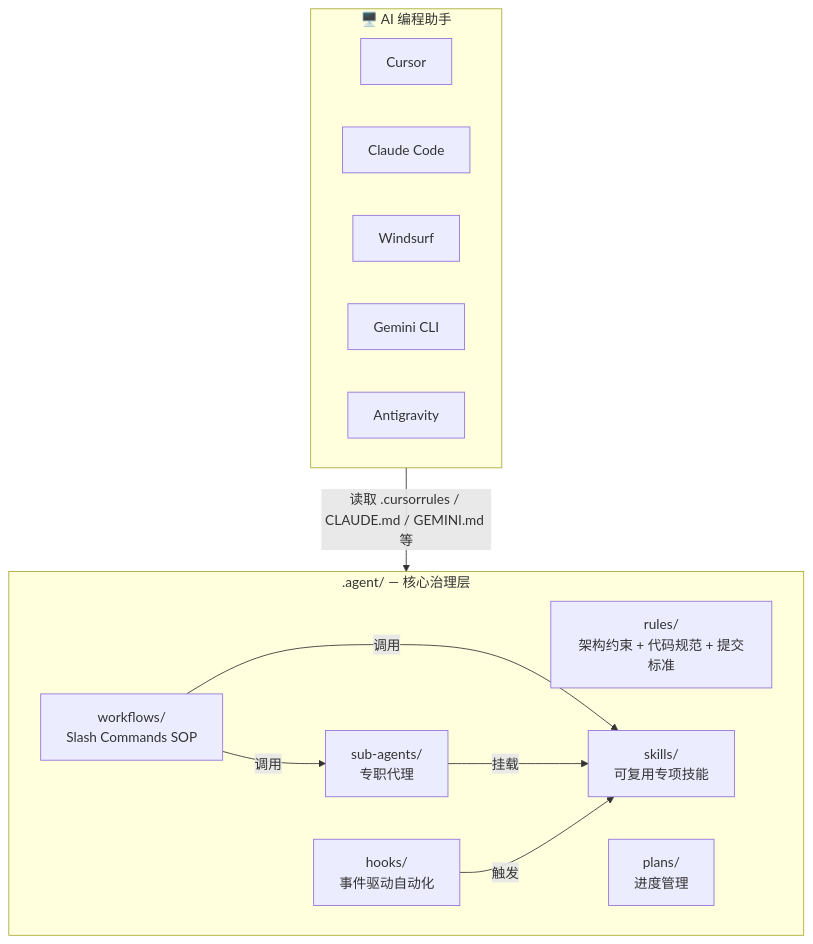
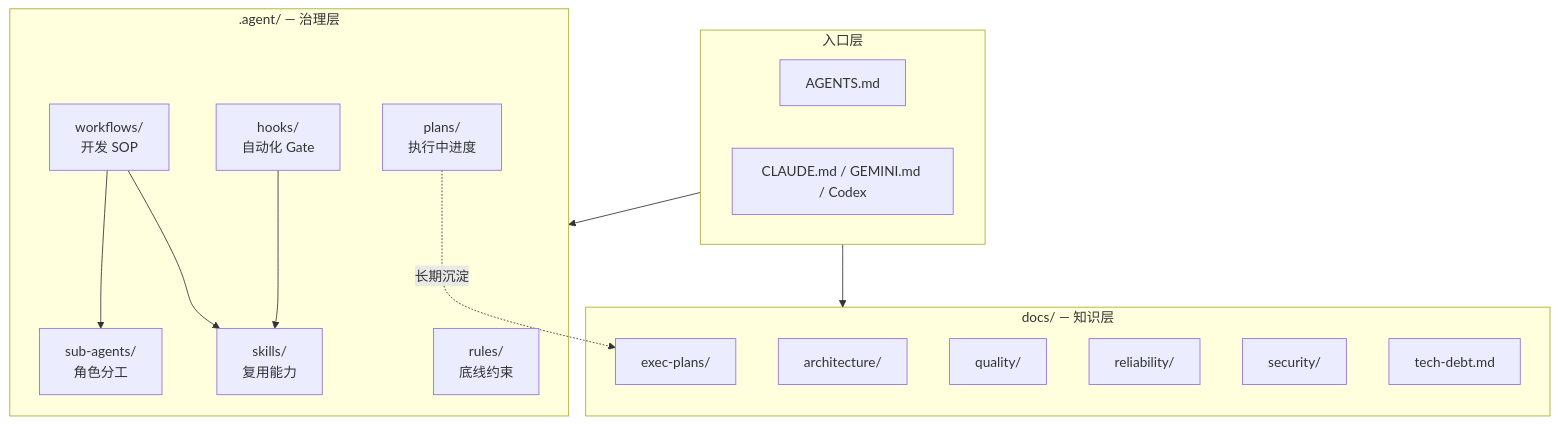
Before and after one commit to Kucell/cortex-agent: the first of 6 diagrams in docs/architecture.md, drawn with Mermaid. The commit also changed other lines of this file and 24 other files, not shown here.

````diff
--- a/docs/architecture.md
+++ b/docs/architecture.md
@@ -9,25 +9,32 @@
 ```mermaid
 graph TD
-    subgraph IDE["🖥️ AI 编程助手"]
-        Cursor
-        ClaudeCode["Claude Code"]
-        Windsurf
-        GeminiCLI["Gemini CLI"]
-        Antigravity
+    subgraph Entry["入口层"]
+        A1["AGENTS.md"]
+        A2["CLAUDE.md / GEMINI.md / Codex"]
     end
 
-    subgraph CoreLayer[".agent/ — 核心治理层"]
-        Rules["rules/<br>架构约束 + 代码规范 + 提交标准"]
-        Workflows["workflows/<br>Slash Commands SOP"]
-        Skills["skills/<br>可复用专项技能"]
-        SubAgents["sub-agents/<br>专职代理"]
-        Hooks["hooks/<br>事件驱动自动化"]
-        Plans["plans/<br>进度管理"]
+    subgraph Governance[".agent/ — 治理层"]
+        G1["rules/<br/>底线约束"]
+        G2["workflows/<br/>开发 SOP"]
+        G3["skills/<br/>复用能力"]
+        G4["sub-agents/<br/>角色分工"]
+        G5["hooks/<br/>自动化 Gate"]
+        G6["plans/<br/>执行中进度"]
     end
 
-    IDE -->|读取 .cursorrules / CLAUDE.md / GEMINI.md 等| CoreLayer
-    Workflows -->|调用| SubAgents
-    Workflows -->|调用| Skills
-    SubAgents -->|挂载| Skills
-    Hooks -->|触发| Skills
+    subgraph Knowledge["docs/ — 知识层"]
+        K1["architecture/"]
+        K2["exec-plans/"]
+        K3["quality/"]
+        K4["reliability/"]
+        K5["security/"]
+        K6["tech-debt.md"]
+    end
+
+    Entry --> Governance
+    Entry --> Knowledge
+    G2 --> G3
+    G2 --> G4
+    G5 --> G3
+    G6 -.长期沉淀.-> K2
 ```
````
